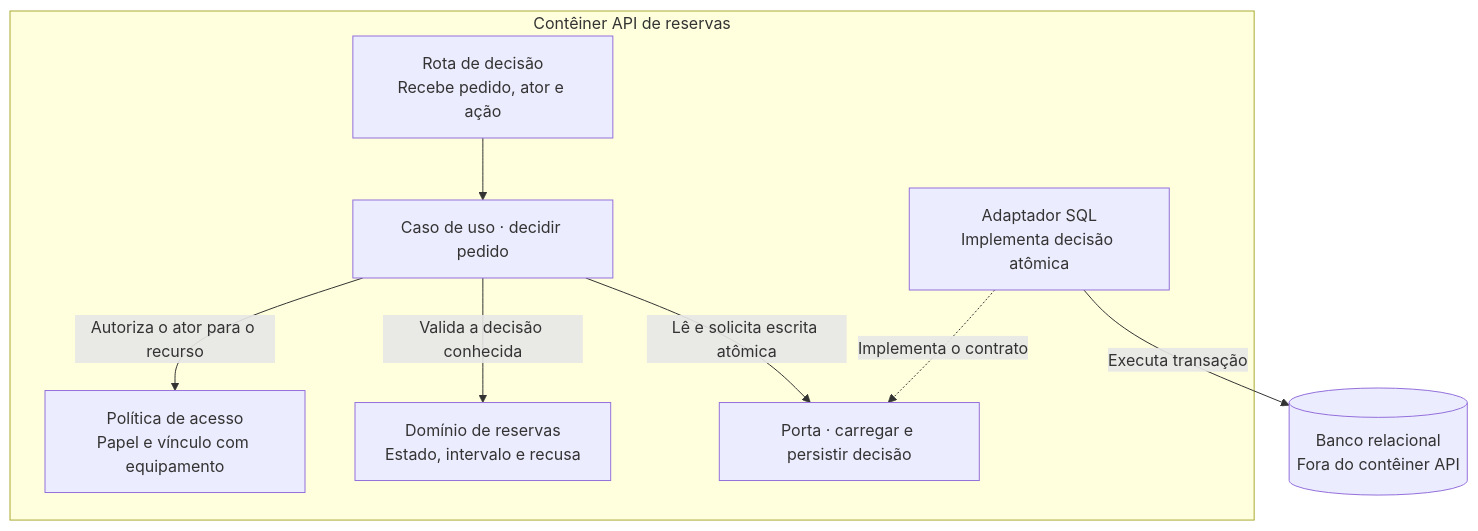
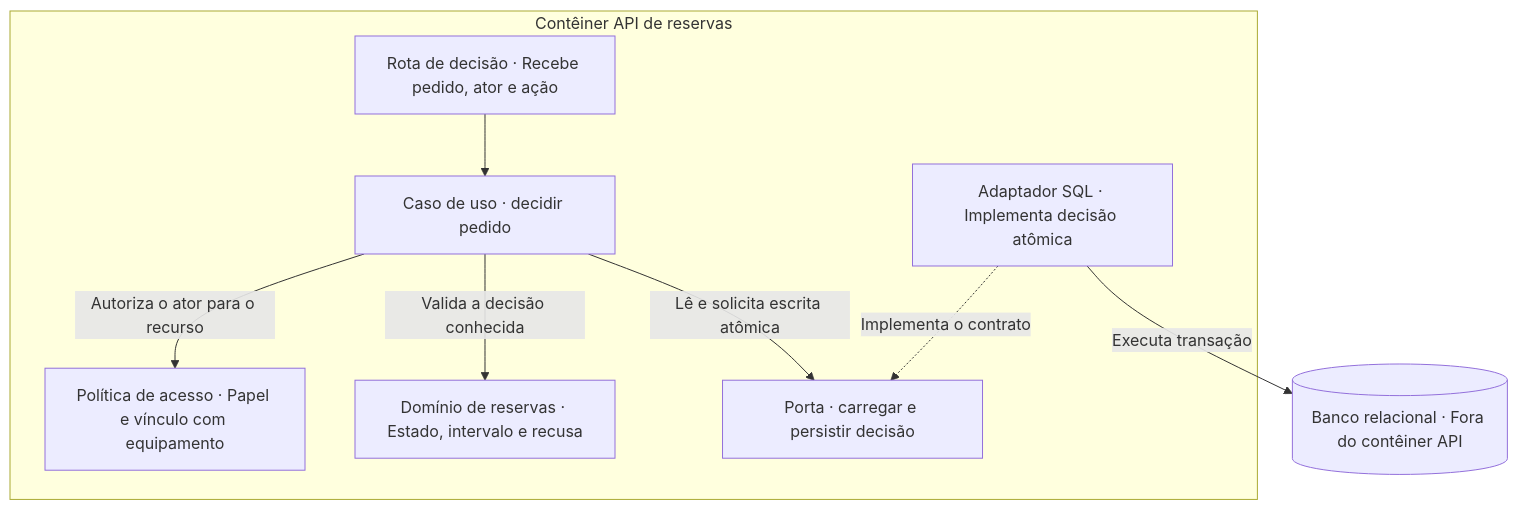
One commit to PHnsilva/base-de-projetos changed the third of 10 diagrams in exemplos/reservas-de-recursos/diagramas.md. Above: the diagram before and after it, drawn with Mermaid. The commit also changed other lines of this file and 13 other files, not shown here.

````diff
--- a/exemplos/reservas-de-recursos/diagramas.md
+++ b/exemplos/reservas-de-recursos/diagramas.md
@@ -57,18 +57,18 @@
 ```mermaid
 flowchart TD
     subgraph API["Contêiner API de reservas"]
-        HTTP["Rota de decisão<br/>Recebe pedido, ator e ação"]
+        HTTP["Rota de decisão · Recebe pedido, ator e ação"]
         U["Caso de uso · decidir pedido"]
-        P["Política de acesso<br/>Papel e vínculo com equipamento"]
-        D["Domínio de reservas<br/>Estado, intervalo e recusa"]
+        P["Política de acesso · Papel e vínculo com equipamento"]
+        D["Domínio de reservas · Estado, intervalo e recusa"]
         RP["Porta · carregar e persistir decisão"]
-        AD["Adaptador SQL<br/>Implementa decisão atômica"]
+        AD["Adaptador SQL · Implementa decisão atômica"]
     end
-    DB[("Banco relacional<br/>Fora do contêiner API")]
+    DB[("Banco relacional · Fora do contêiner API")]
     HTTP --> U
     U -->|"Autoriza o ator para o recurso"| P
     U -->|"Valida a decisão conhecida"| D
     U -->|"Lê e solicita escrita atômica"| RP
     AD -.->|"Implementa o contrato"| RP
     AD -->|"Executa transação"| DB
 ```
````
